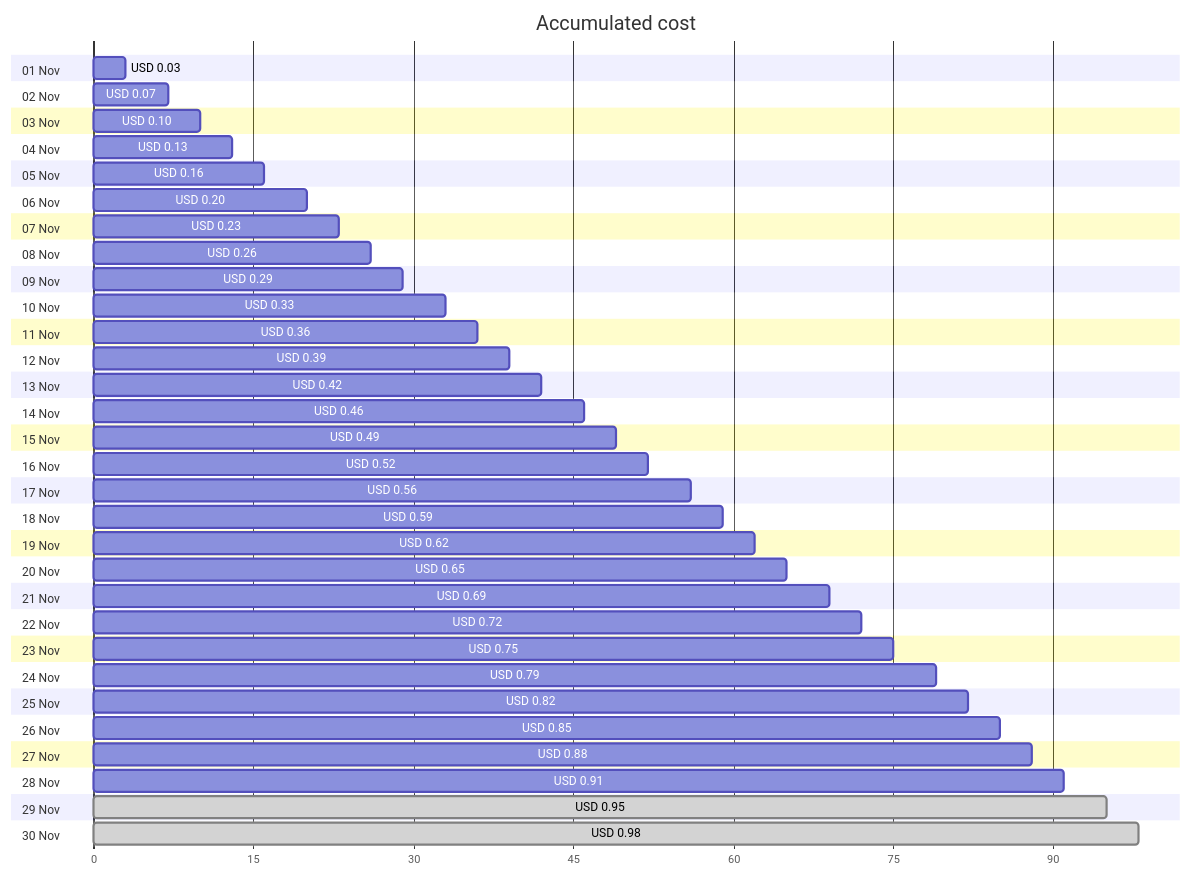
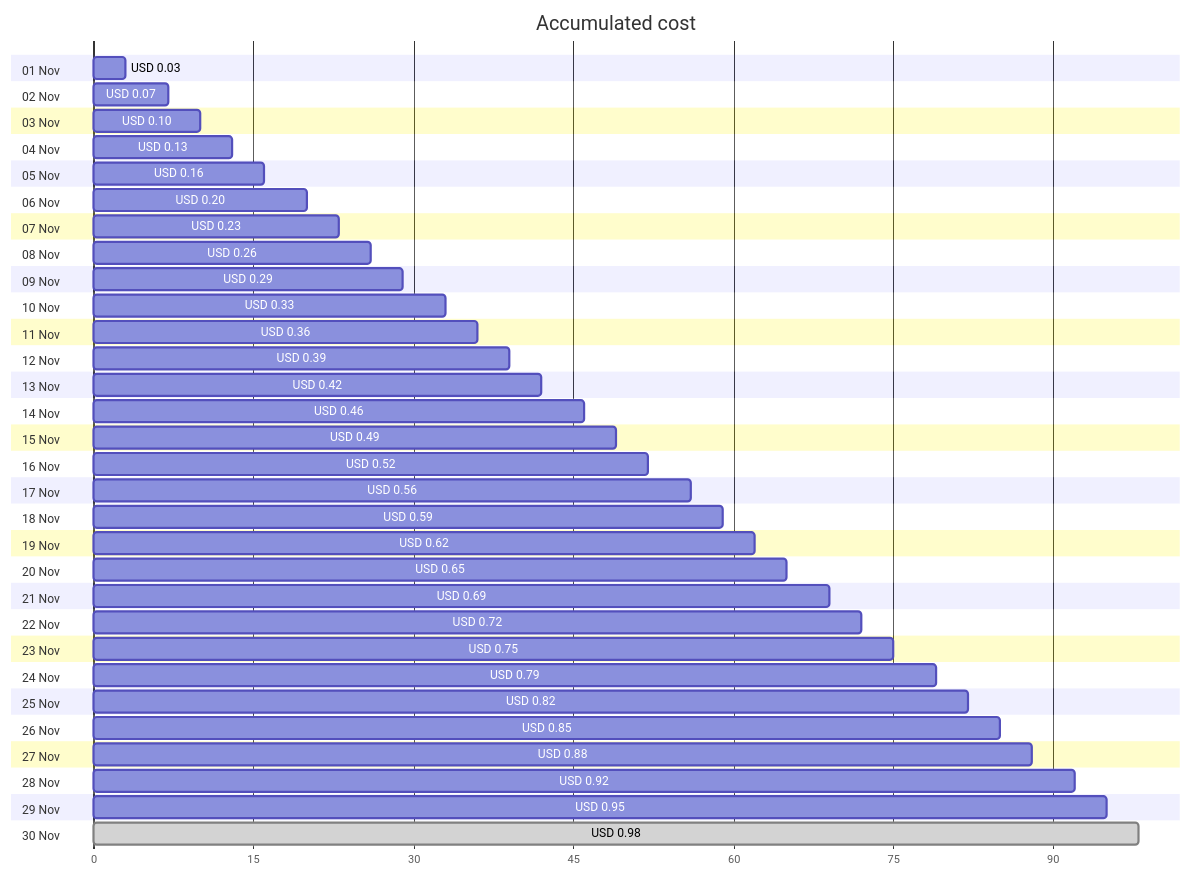
Before and after one commit to jpfulton/azure-personal-reports: the first of 4 diagrams in cost-reports/personal-dns/README.md, drawn with Mermaid. The commit also changed other lines of this file and 2 other files, not shown here.

````diff
--- a/cost-reports/personal-dns/README.md
+++ b/cost-reports/personal-dns/README.md
@@ -20,66 +20,66 @@
 ```mermaid
 gantt
    title Accumulated cost
    dateFormat  X
    axisFormat %s
    section 01 Nov
    USD 0.03 :0, 3
    section 02 Nov
    USD 0.07 :0, 7
    section 03 Nov
    USD 0.10 :0, 10
    section 04 Nov
    USD 0.13 :0, 13
    section 05 Nov
    USD 0.16 :0, 16
    section 06 Nov
    USD 0.20 :0, 20
    section 07 Nov
    USD 0.23 :0, 23
    section 08 Nov
    USD 0.26 :0, 26
    section 09 Nov
    USD 0.29 :0, 29
    section 10 Nov
    USD 0.33 :0, 33
    section 11 Nov
    USD 0.36 :0, 36
    section 12 Nov
    USD 0.39 :0, 39
    section 13 Nov
    USD 0.42 :0, 42
    section 14 Nov
    USD 0.46 :0, 46
    section 15 Nov
    USD 0.49 :0, 49
    section 16 Nov
    USD 0.52 :0, 52
    section 17 Nov
    USD 0.56 :0, 56
    section 18 Nov
    USD 0.59 :0, 59
    section 19 Nov
    USD 0.62 :0, 62
    section 20 Nov
    USD 0.65 :0, 65
    section 21 Nov
    USD 0.69 :0, 69
    section 22 Nov
    USD 0.72 :0, 72
    section 23 Nov
    USD 0.75 :0, 75
    section 24 Nov
    USD 0.79 :0, 79
    section 25 Nov
    USD 0.82 :0, 82
    section 26 Nov
    USD 0.85 :0, 85
    section 27 Nov
    USD 0.88 :0, 88
    section 28 Nov
-   USD 0.91 :0, 91
+   USD 0.92 :0, 92
    section 29 Nov
-   USD 0.95 : done, 0, 95
+   USD 0.95 :0, 95
    section 30 Nov
    USD 0.98 : done, 0, 98
 ```
````
